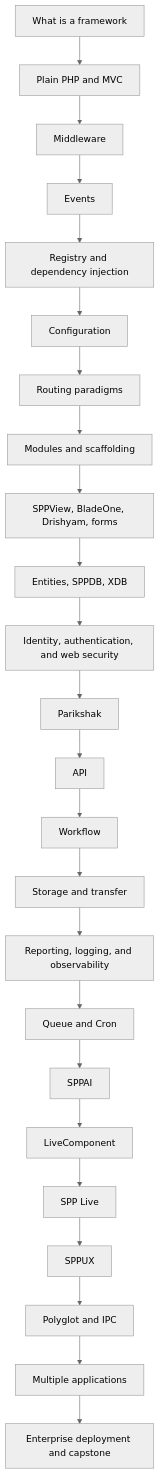
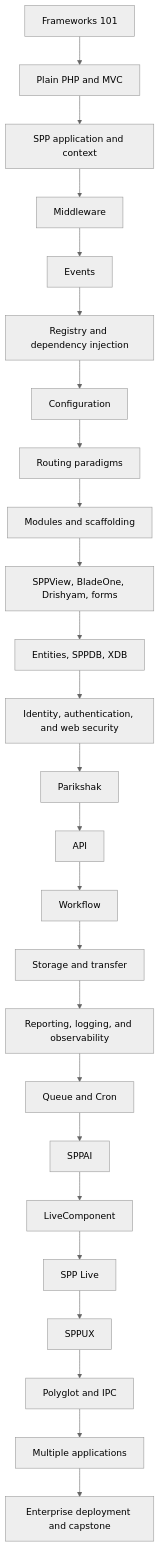
The diagram in documentation/handbook/README.md (shuklasp/spp), drawn with Mermaid (neutral theme) before and after one commit. The commit also changed other lines of this file, not shown here.

Commit message:
Add Frameworks 101 to canonical learning path

````diff
--- a/documentation/handbook/README.md
+++ b/documentation/handbook/README.md
@@ -137,26 +138,27 @@
 ```mermaid
 flowchart TD
-    A[What is a framework] --> B[Plain PHP and MVC]
-    B --> C[Middleware]
-    C --> D[Events]
-    D --> E[Registry and dependency injection]
-    E --> F[Configuration]
-    F --> G[Routing paradigms]
-    G --> H[Modules and scaffolding]
-    H --> I[SPPView, BladeOne, Drishyam, forms]
-    I --> J[Entities, SPPDB, XDB]
-    J --> K[Identity, authentication, and web security]
-    K --> L[Parikshak]
-    L --> M[API]
-    M --> N[Workflow]
-    N --> O[Storage and transfer]
-    O --> P[Reporting, logging, and observability]
-    P --> Q[Queue and Cron]
-    Q --> R[SPPAI]
-    R --> S[LiveComponent]
-    S --> T[SPP Live]
-    T --> U[SPPUX]
-    U --> V[Polyglot and IPC]
-    V --> W[Multiple applications]
-    W --> X[Enterprise deployment and capstone]
+    A[Frameworks 101] --> B[Plain PHP and MVC]
+    B --> C[SPP application and context]
+    C --> D[Middleware]
+    D --> E[Events]
+    E --> F[Registry and dependency injection]
+    F --> G[Configuration]
+    G --> H[Routing paradigms]
+    H --> I[Modules and scaffolding]
+    I --> J[SPPView, BladeOne, Drishyam, forms]
+    J --> K[Entities, SPPDB, XDB]
+    K --> L[Identity, authentication, and web security]
+    L --> M[Parikshak]
+    M --> N[API]
+    N --> O[Workflow]
+    O --> P[Storage and transfer]
+    P --> Q[Reporting, logging, and observability]
+    Q --> R[Queue and Cron]
+    R --> S[SPPAI]
+    S --> T[LiveComponent]
+    T --> U[SPP Live]
+    U --> V[SPPUX]
+    V --> W[Polyglot and IPC]
+    W --> X[Multiple applications]
+    X --> Y[Enterprise deployment and capstone]
 ```
````
